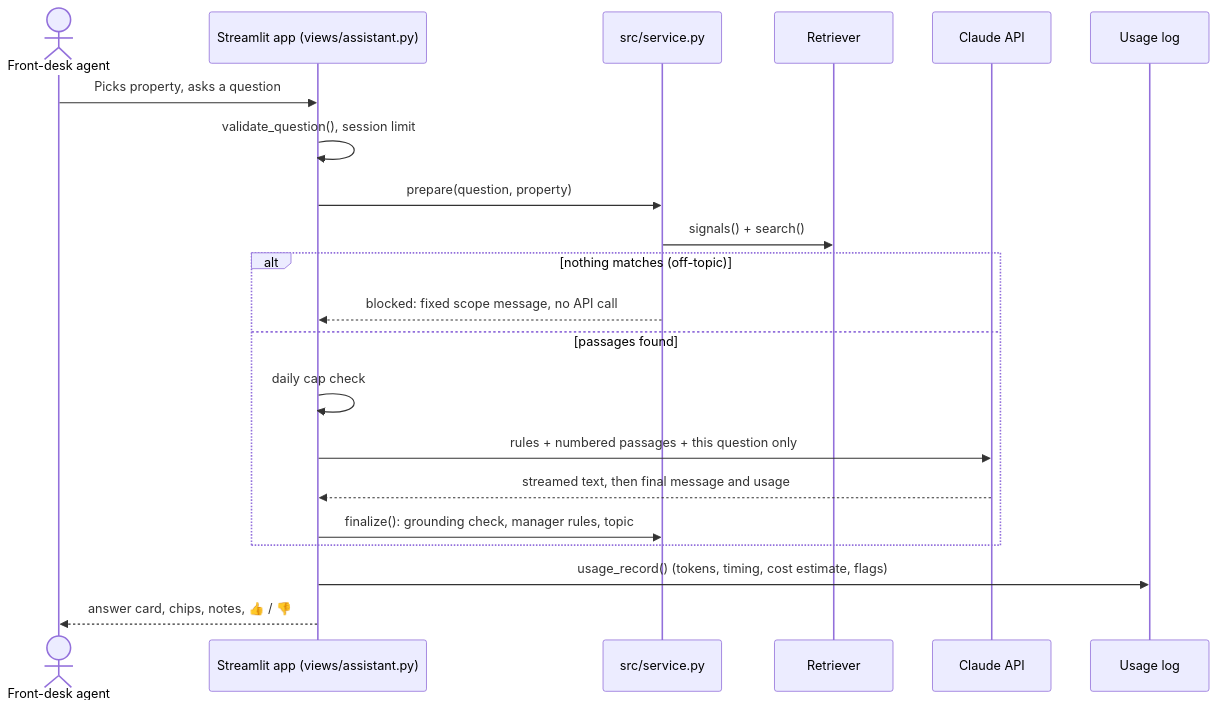
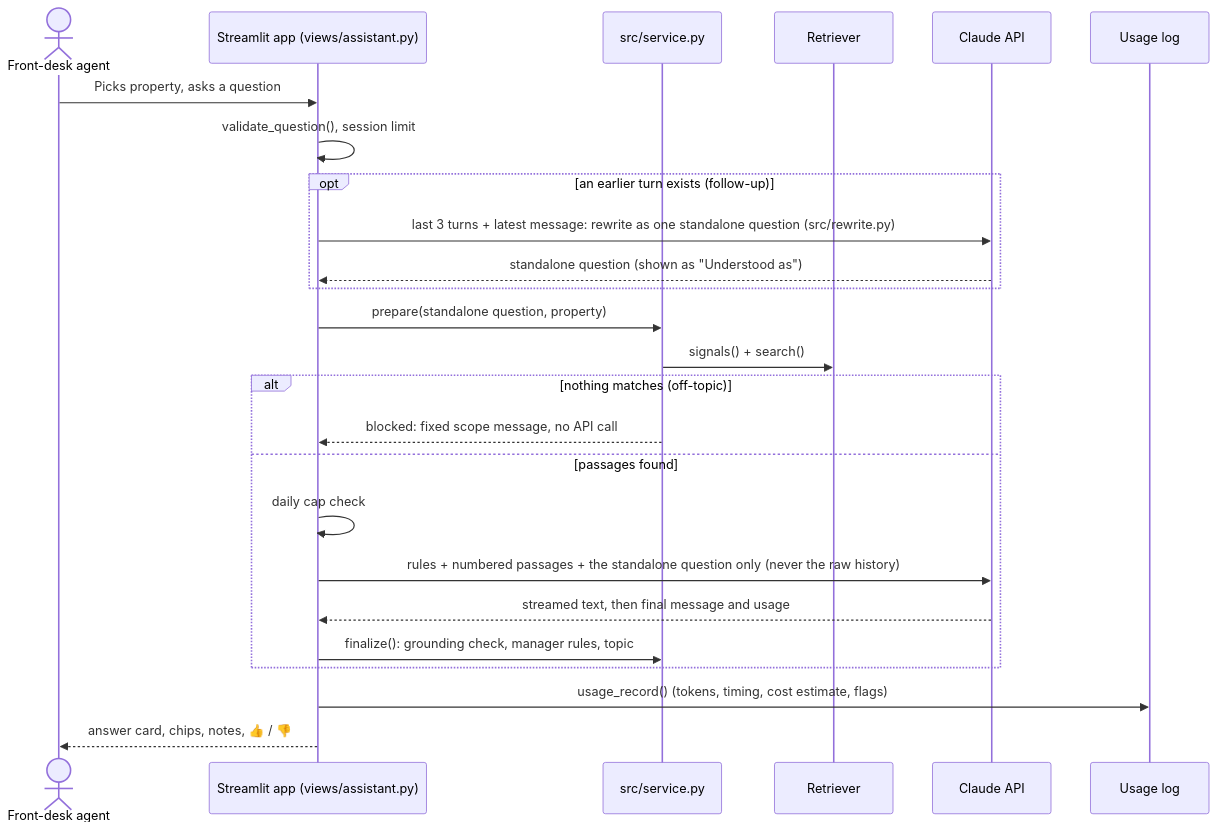
Before and after one commit to vamsialladev/hotel-ops-assistant: the second of 2 diagrams in docs/ARCHITECTURE.md, drawn with Mermaid. The commit also changed 4 other files, not shown here.

Commit message:
docs: decision 59 (follow-up rewriting), README results before/after, settings, architecture

````diff
--- a/docs/ARCHITECTURE.md
+++ b/docs/ARCHITECTURE.md
@@ -28,23 +28,27 @@
 ```mermaid
 sequenceDiagram
     actor Staff as Front-desk agent
     participant App as Streamlit app (views/assistant.py)
     participant Svc as src/service.py
     participant Search as Retriever
     participant LLM as Claude API
     participant Log as Usage log
     Staff->>App: Picks property, asks a question
     App->>App: validate_question(), session limit
-    App->>Svc: prepare(question, property)
+    opt an earlier turn exists (follow-up)
+        App->>LLM: last 3 turns + latest message: rewrite as one standalone question (src/rewrite.py)
+        LLM-->>App: standalone question (shown as "Understood as")
+    end
+    App->>Svc: prepare(standalone question, property)
     Svc->>Search: signals() + search()
     alt nothing matches (off-topic)
         Svc-->>App: blocked: fixed scope message, no API call
     else passages found
         App->>App: daily cap check
-        App->>LLM: rules + numbered passages + this question only
+        App->>LLM: rules + numbered passages + the standalone question only (never the raw history)
         LLM-->>App: streamed text, then final message and usage
         App->>Svc: finalize(): grounding check, manager rules, topic
     end
     App->>Log: usage_record() (tokens, timing, cost estimate, flags)
     App-->>Staff: answer card, chips, notes, 👍 / 👎
 ```
````
